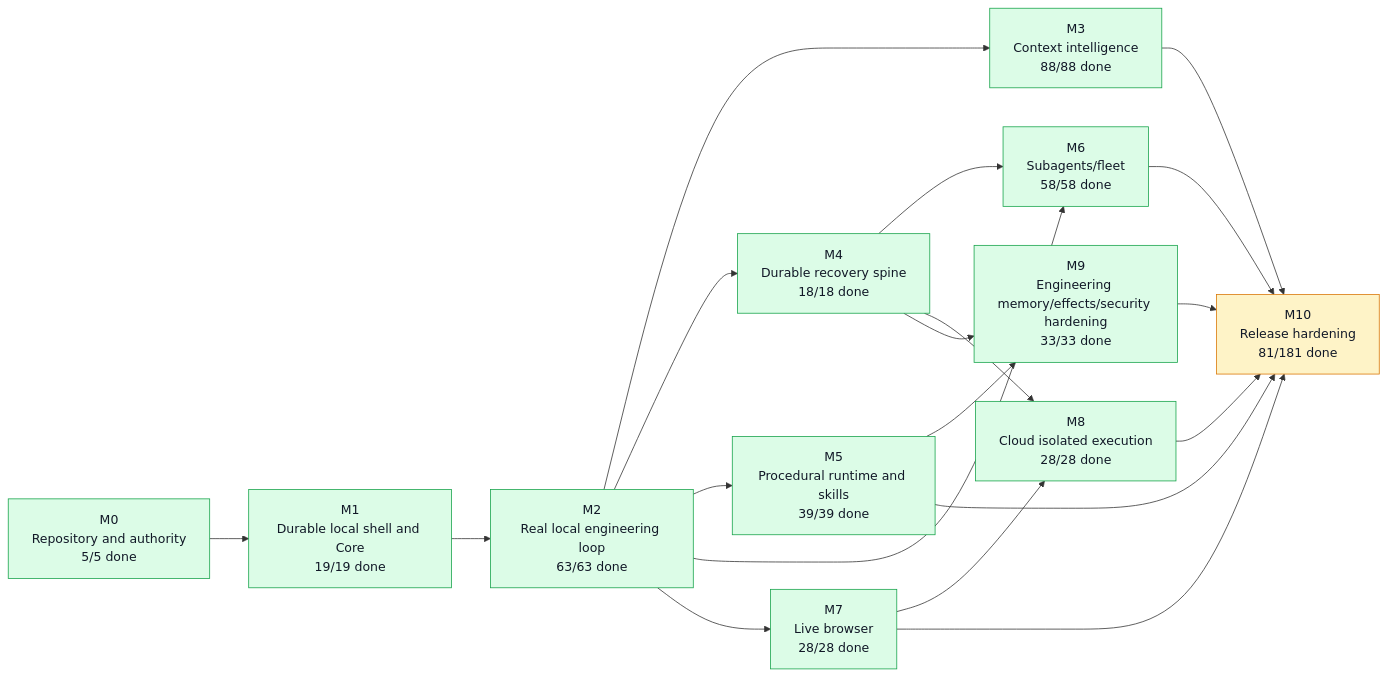
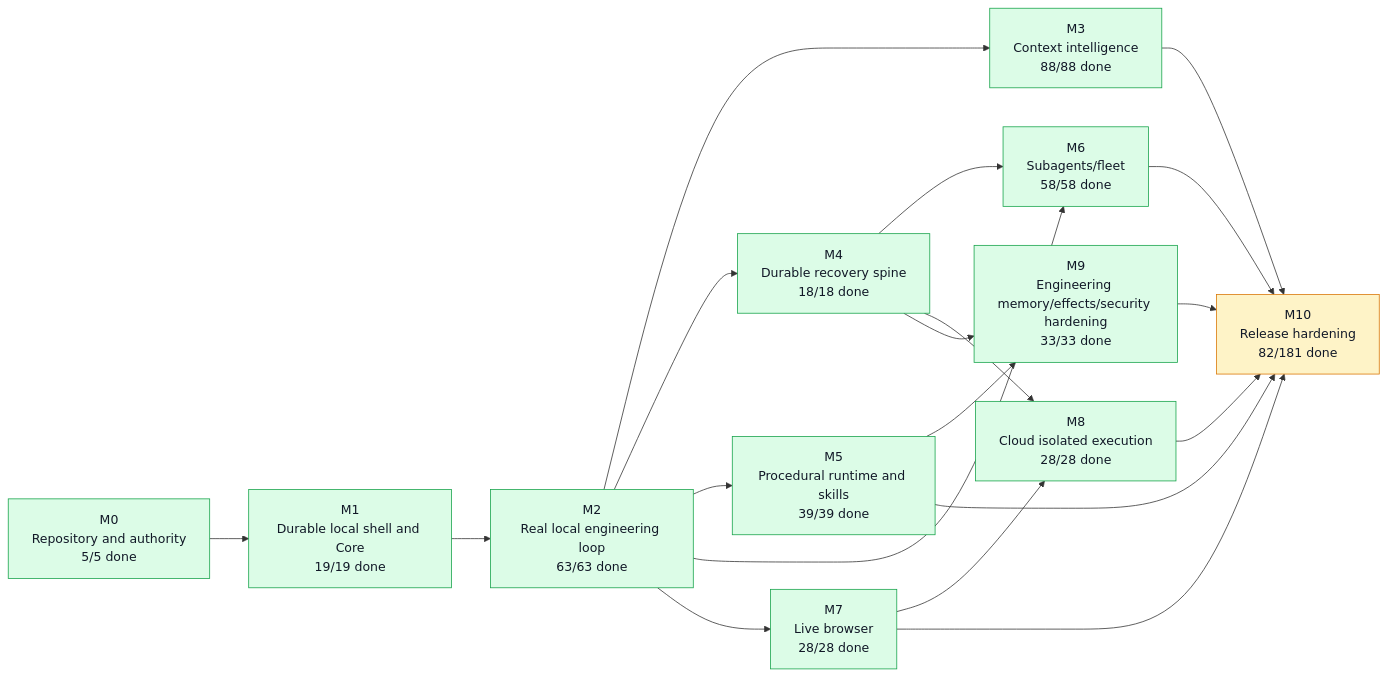
The first of 5 diagrams in graph/PROJECT_GRAPH.md (moss101/modbit), drawn with Mermaid before and after one commit. The commit also changed other lines of this file and 5 other files, not shown here.

````diff
--- a/graph/PROJECT_GRAPH.md
+++ b/graph/PROJECT_GRAPH.md
@@ -57,43 +57,43 @@
 ```mermaid
 flowchart LR
   M0["M0<br/>Repository and authority<br/>5/5 done"]
   M1["M1<br/>Durable local shell and Core<br/>19/19 done"]
   M2["M2<br/>Real local engineering loop<br/>63/63 done"]
   M3["M3<br/>Context intelligence<br/>88/88 done"]
   M4["M4<br/>Durable recovery spine<br/>18/18 done"]
   M5["M5<br/>Procedural runtime and skills<br/>39/39 done"]
   M6["M6<br/>Subagents/fleet<br/>58/58 done"]
   M7["M7<br/>Live browser<br/>28/28 done"]
   M8["M8<br/>Cloud isolated execution<br/>28/28 done"]
   M9["M9<br/>Engineering memory/effects/security hardening<br/>33/33 done"]
-  M10["M10<br/>Release hardening<br/>81/181 done"]
+  M10["M10<br/>Release hardening<br/>82/181 done"]
   M0 --> M1
   M1 --> M2
   M2 --> M3
   M2 --> M4
   M2 --> M5
   M2 --> M6
   M4 --> M6
   M2 --> M7
   M4 --> M8
   M7 --> M8
   M4 --> M9
   M5 --> M9
   M3 --> M10
   M5 --> M10
   M6 --> M10
   M7 --> M10
   M8 --> M10
   M9 --> M10
   style M0 fill:#dcfce7,stroke:#16a34a,color:#111827
   style M1 fill:#dcfce7,stroke:#16a34a,color:#111827
   style M2 fill:#dcfce7,stroke:#16a34a,color:#111827
   style M3 fill:#dcfce7,stroke:#16a34a,color:#111827
   style M4 fill:#dcfce7,stroke:#16a34a,color:#111827
   style M5 fill:#dcfce7,stroke:#16a34a,color:#111827
   style M6 fill:#dcfce7,stroke:#16a34a,color:#111827
   style M7 fill:#dcfce7,stroke:#16a34a,color:#111827
   style M8 fill:#dcfce7,stroke:#16a34a,color:#111827
   style M9 fill:#dcfce7,stroke:#16a34a,color:#111827
   style M10 fill:#fef3c7,stroke:#d97706,color:#111827
 ```
````
